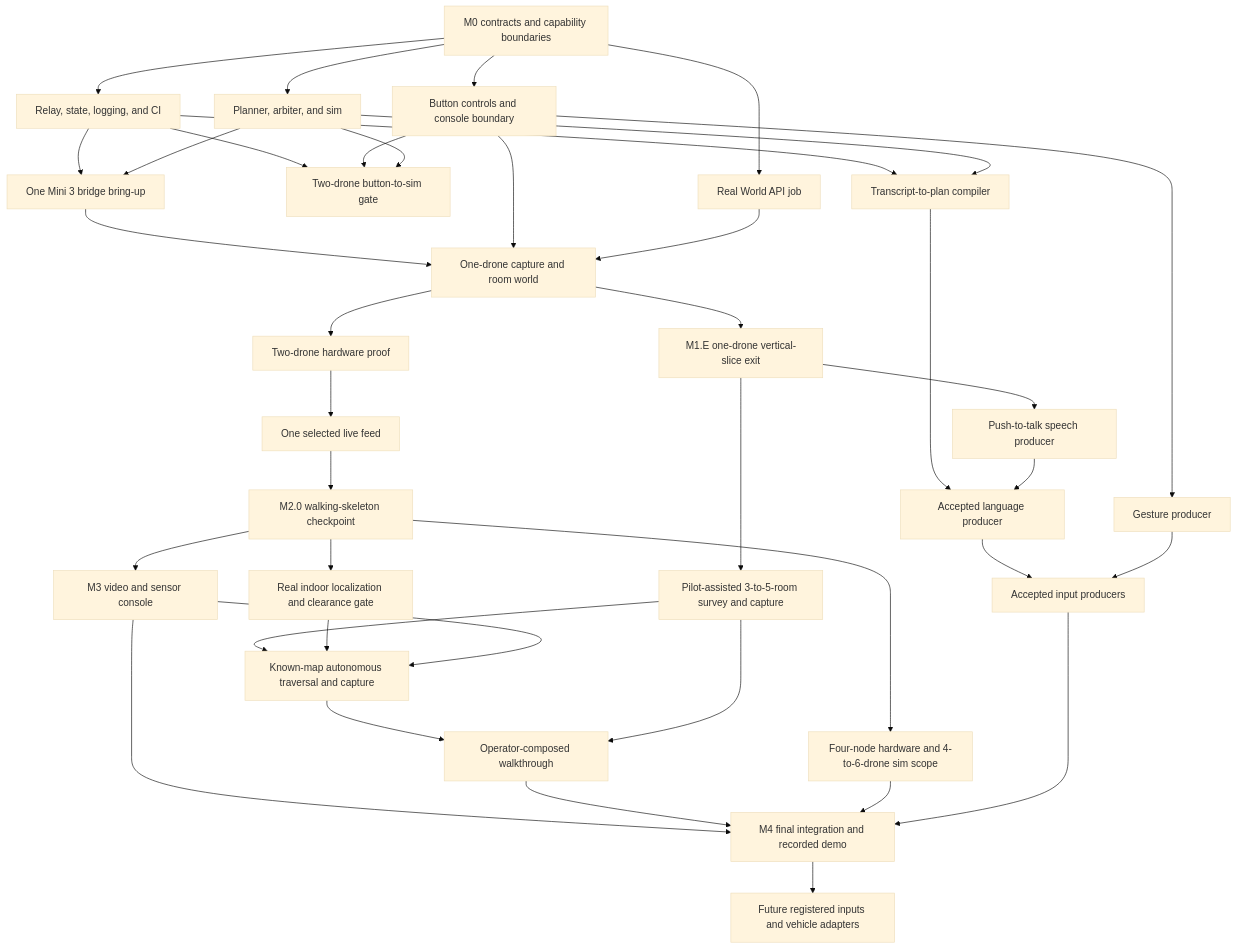
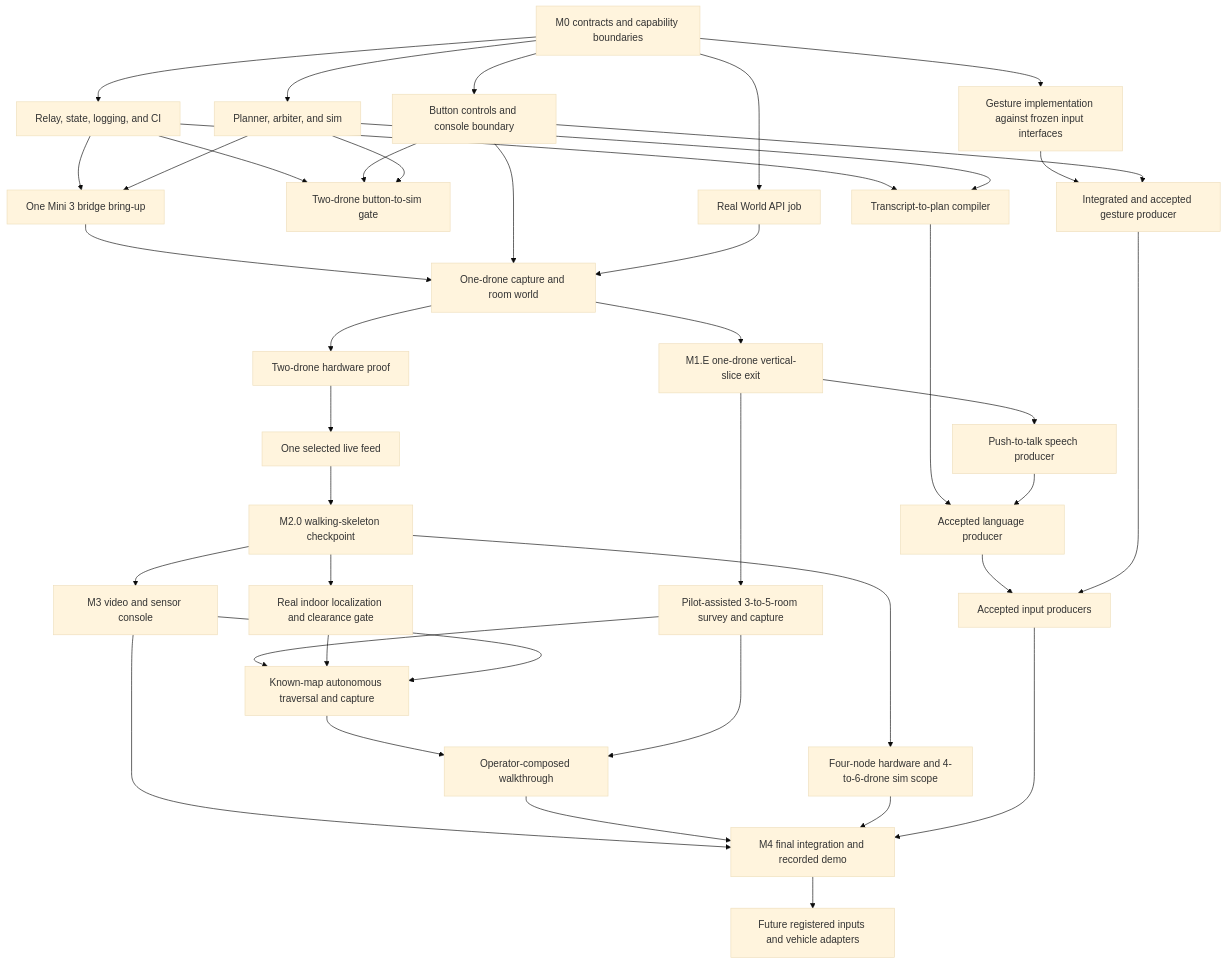
The diagram in docs/mvp-plan.md (worldofhacks/sweep), drawn with Mermaid (base theme) before and after one commit. The commit also changed other lines of this file and 2 other files, not shown here.

Commit message:
docs: align PRD input scheduling

````diff
--- a/docs/mvp-plan.md
+++ b/docs/mvp-plan.md
@@ -13,41 +13,43 @@
 ```mermaid
 flowchart TD
     m0[M0 contracts and capability boundaries] --> relay[Relay, state, logging, and CI]
     m0 --> worldapi[Real World API job]
     m0 --> controls[Button controls and console boundary]
     m0 --> autonomy[Planner, arbiter, and sim]
     relay --> simgate[Two-drone button-to-sim gate]
     controls --> simgate
     autonomy --> simgate
     relay --> bridge[One Mini 3 bridge bring-up]
     autonomy --> bridge
     bridge --> hw1[One-drone capture and room world]
     controls --> hw1
     worldapi --> hw1
     hw1 --> m1e[M1.E one-drone vertical-slice exit]
     m1e --> rooms[Pilot-assisted 3-to-5-room survey and capture]
     hw1 --> hw2[Two-drone hardware proof]
     hw2 --> feed[One selected live feed]
     feed --> m20[M2.0 walking-skeleton checkpoint]
     relay --> compiler[Transcript-to-plan compiler]
     autonomy --> compiler
     m1e --> speech[Push-to-talk speech producer]
     compiler --> language[Accepted language producer]
     speech --> language
-    controls --> gesture[Gesture producer]
+    m0 --> gesturedev[Gesture implementation against frozen input interfaces]
+    gesturedev --> gesture[Integrated and accepted gesture producer]
+    controls --> gesture
     m20 --> scale[Four-node hardware and 4-to-6-drone sim scope]
     m20 --> video[M3 video and sensor console]
     m20 --> localization[Real indoor localization and clearance gate]
     rooms --> knownmap[Known-map autonomous traversal and capture]
     localization --> knownmap
     video --> knownmap
     language --> inputs[Accepted input producers]
     gesture --> inputs
     knownmap --> compose[Operator-composed walkthrough]
     rooms --> compose
     video --> release[M4 final integration and recorded demo]
     compose --> release
     scale --> release
     inputs --> release
     release --> future[Future registered inputs and vehicle adapters]
 ```
````
